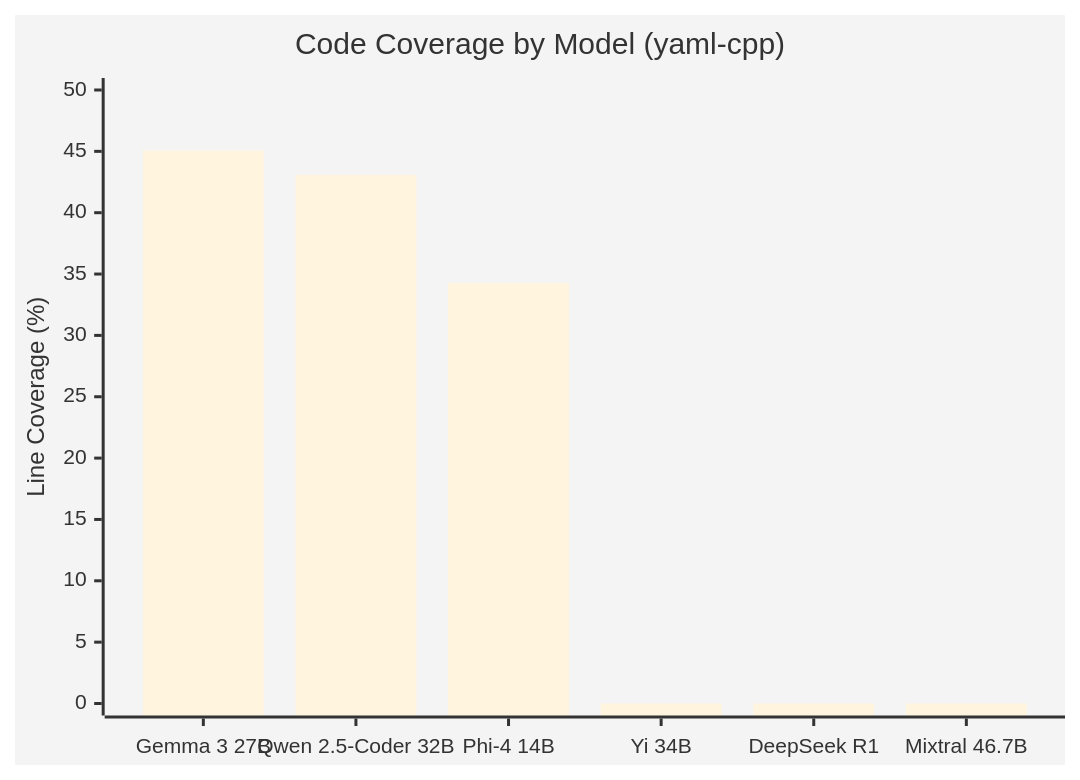
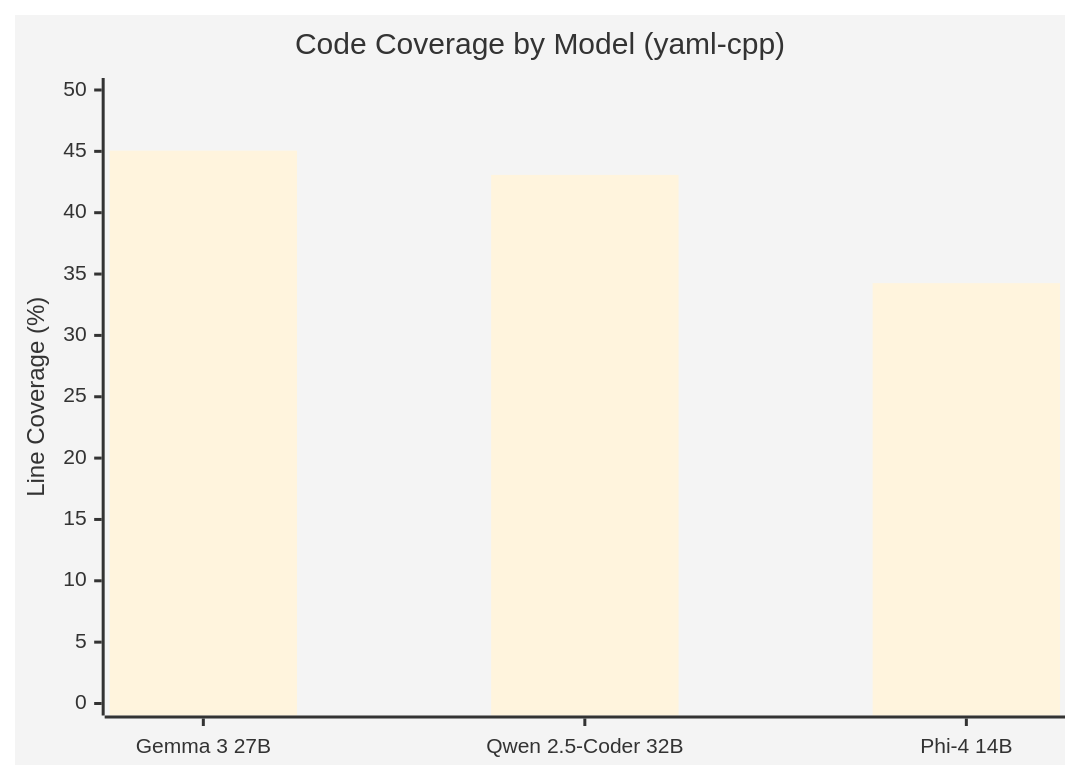
The first of 4 diagrams in Chapter_5_Experimental_Results.md (DARREN-2000/temporary), drawn with Mermaid before and after one commit. The commit also changed 2 other files, not shown here.

Commit message:
Fix Figure 5.1: show only 3 successful models, remove confusing 0% bars

````diff
--- a/Chapter_5_Experimental_Results.md
+++ b/Chapter_5_Experimental_Results.md
@@ -155,8 +155,8 @@
 ```mermaid
 %%{init: {'theme': 'base', 'themeVariables': { 'primaryColor': '#4472C4'}}}%%
 xychart-beta
     title "Code Coverage by Model (yaml-cpp)"
-    x-axis ["Gemma 3 27B", "Qwen 2.5-Coder 32B", "Phi-4 14B", "Yi 34B", "DeepSeek R1", "Mixtral 46.7B"]
+    x-axis ["Gemma 3 27B", "Qwen 2.5-Coder 32B", "Phi-4 14B"]
     y-axis "Line Coverage (%)" 0 --> 50
-    bar [45.06, 43.08, 34.26, 0, 0, 0]
+    bar [45.06, 43.08, 34.26]
 ```
````
